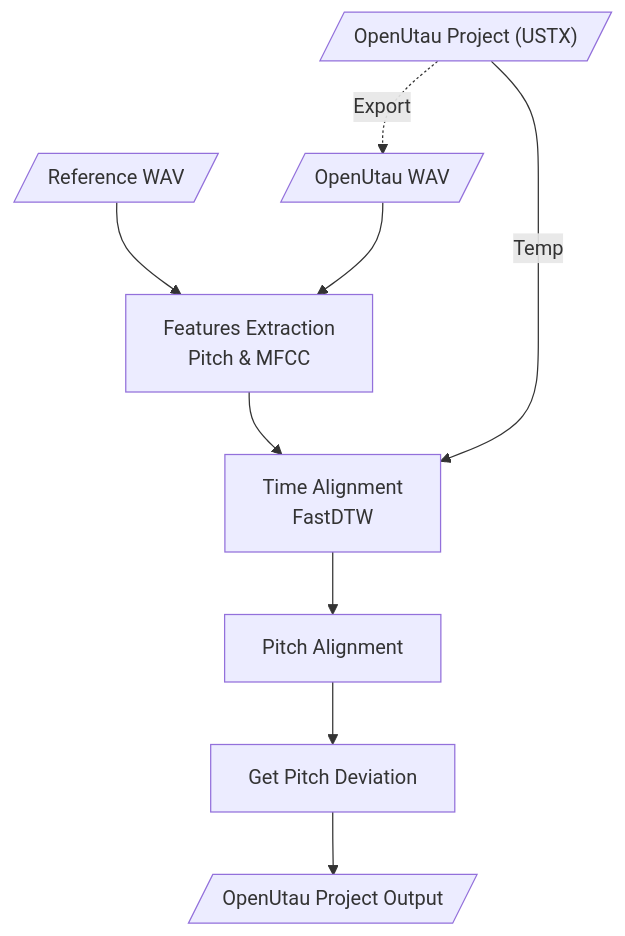
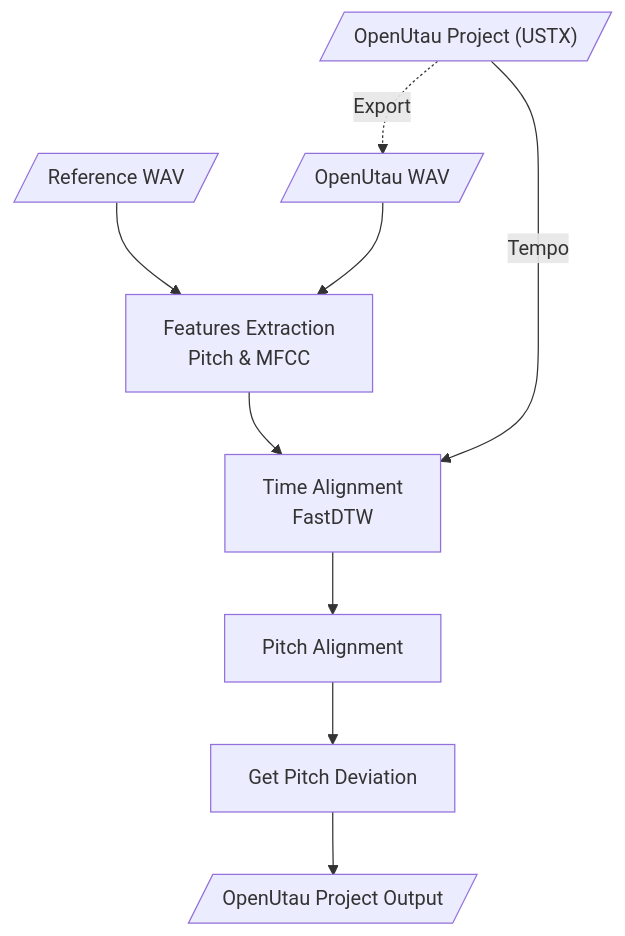
Before and after one commit to NewComer00/expressive: the diagram in README.md, drawn with Mermaid.

````diff
--- a/README.md
+++ b/README.md
@@ -63,24 +63,24 @@
 ```mermaid
 graph TD;
     ustx_in[/"OpenUtau Project (USTX)"/]
     refwav[/"Reference WAV"/]
     utauwav[/"OpenUtau WAV"/]
     ustx_in-.->|Export|utauwav
 
     feat_ext["Features Extraction<br>Pitch & MFCC"]
     refwav-->feat_ext
     utauwav-->feat_ext
 
     time_algn["Time Alignment<br>FastDTW"]
     feat_ext-->time_algn
-    ustx_in--Tempo-->time_algn
+    ustx_in-->|Tempo|time_algn
 
     pitch_algn["Pitch Alignment"]
     time_algn-->pitch_algn
 
     get_pdev["Get Pitch Deviation"]
     pitch_algn-->get_pdev
 
     utsx_out[/"OpenUtau Project Output"/]
     get_pdev-->utsx_out
 ```
````
